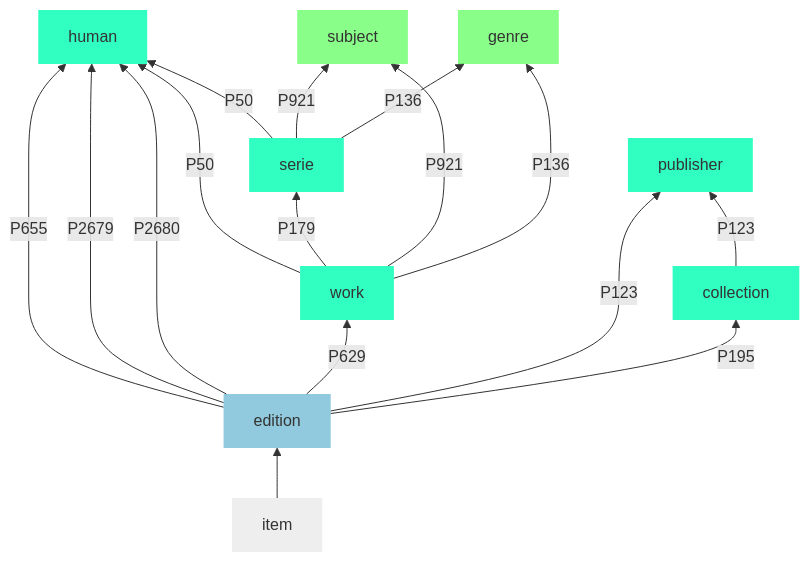
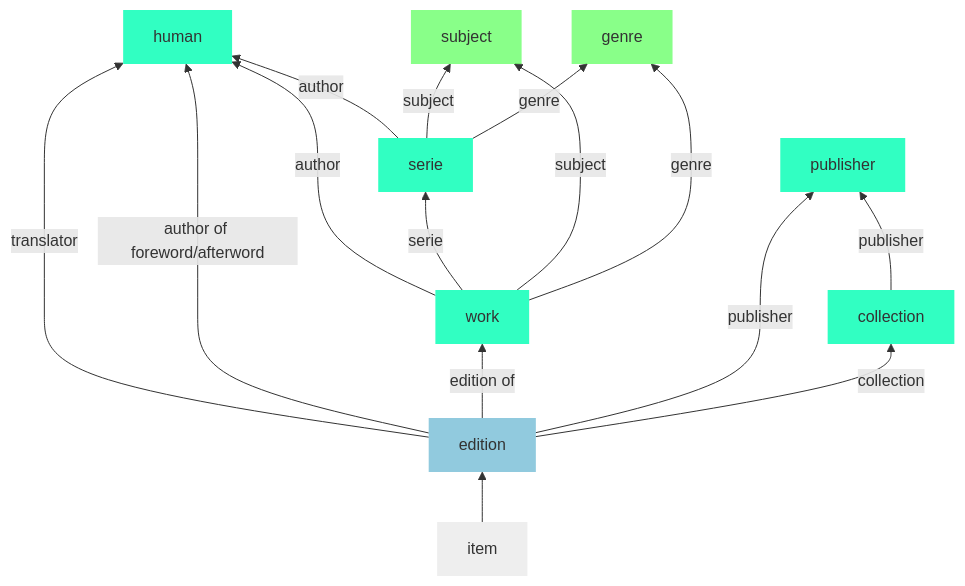
Before and after one commit to inventaire/entities-map: the diagram in src/map.mmd, drawn with Mermaid. The commit also changed 7 other files, not shown here.

```diff
--- a/src/map.mmd
+++ b/src/map.mmd
@@ -1,27 +1,26 @@
 graph BT
 
-  work -->|P50| human
-  work -->|P179| serie
-  work -->|P921| subject
-  work -->|P136| genre
-  serie -->|P50| human
-  serie -->|P921| subject
-  serie -->|P136| genre
-  edition -->|P655| human
-  edition -->|P2679| human
-  edition -->|P2680| human
-  edition -->|P629| work
-  edition -->|P123| publisher
-  edition -->|P195| collection
-  collection -->|P123| publisher
+  work -->|author| human
+  work -->|serie| serie
+  work -->|subject| subject
+  work -->|genre| genre
+  serie -->|author| human
+  serie -->|subject| subject
+  serie -->|genre| genre
+  edition -->|translator| human
+  edition -->|author of foreword/afterword| human
+  edition -->|edition of| work
+  edition -->|publisher| publisher
+  edition -->|collection| collection
+  collection -->|publisher| publisher
   item --> edition
 
   classDef wikidata fill:#22ff2288,stroke-width:0;
   classDef both fill:#31ffc2,stroke-width:0;
   classDef inventaire fill:#319cc288,stroke-width:0;
   classDef notanentity fill:#eee,stroke-width:0;
 
   class subject,genre wikidata;
   class work,human,serie,publisher,collection both;
   class edition inventaire;
   class item notanentity;
```
